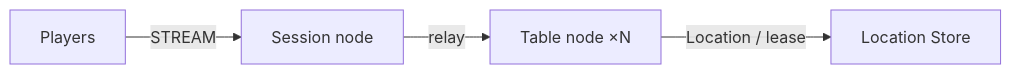
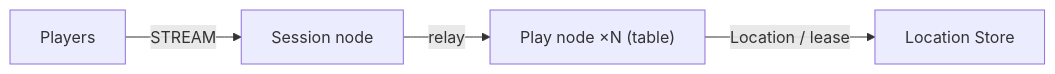
The diagram in framework/languages/java/templates/java/board-tables/my-game/README.md (zlink-systems/zlink), drawn with Mermaid before and after one commit. The commit also changed other lines of this file and 223 other files, not shown here.

First line of the commit message:
docs(templates): 모든 템플릿의 노드 이름을 Session node · Play node · API node로 (#5350)

````diff
--- a/framework/languages/java/templates/java/board-tables/my-game/README.md
+++ b/framework/languages/java/templates/java/board-tables/my-game/README.md
@@ -5,6 +5,6 @@
 ```mermaid
 flowchart LR
-  players[Players] -->|STREAM| session[Session node]
-  session -->|relay| tables[Table node ×N]
+  players[Players] -->|STREAM| session["Session node"]
+  session -->|relay| tables["Play node ×N (table)"]
   tables -->|Location / lease| location[Location Store]
 ```
````
